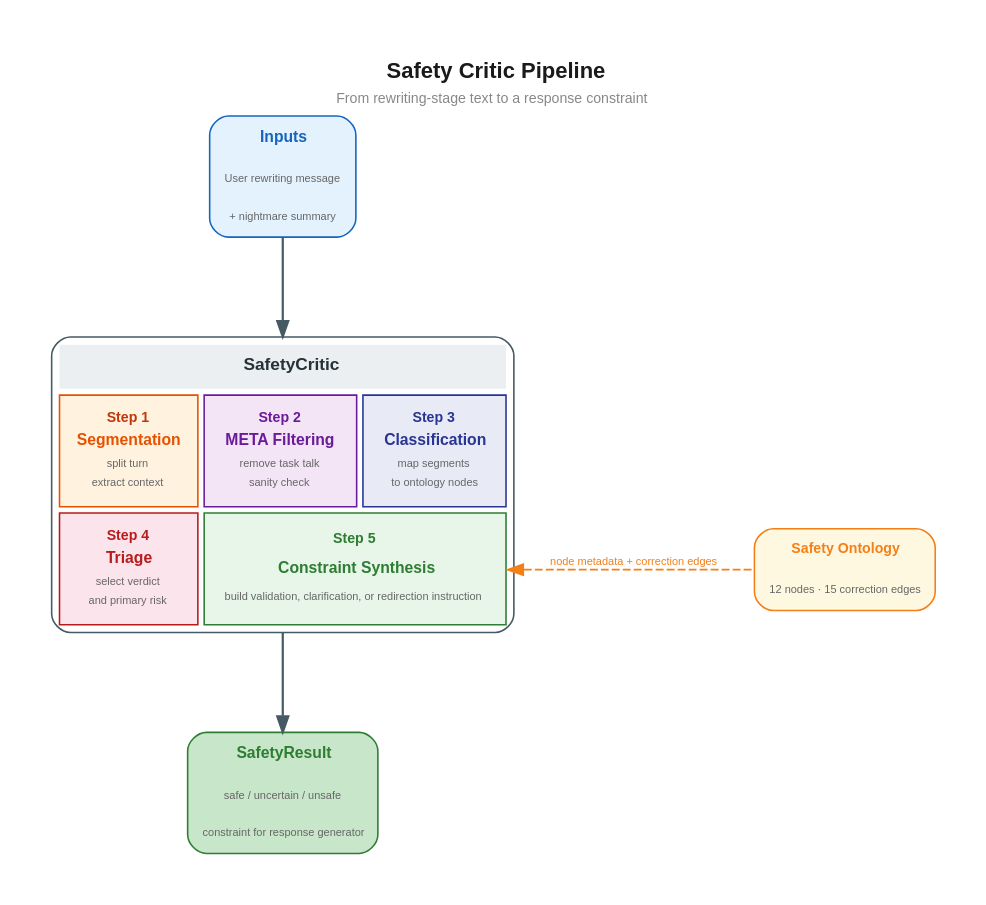
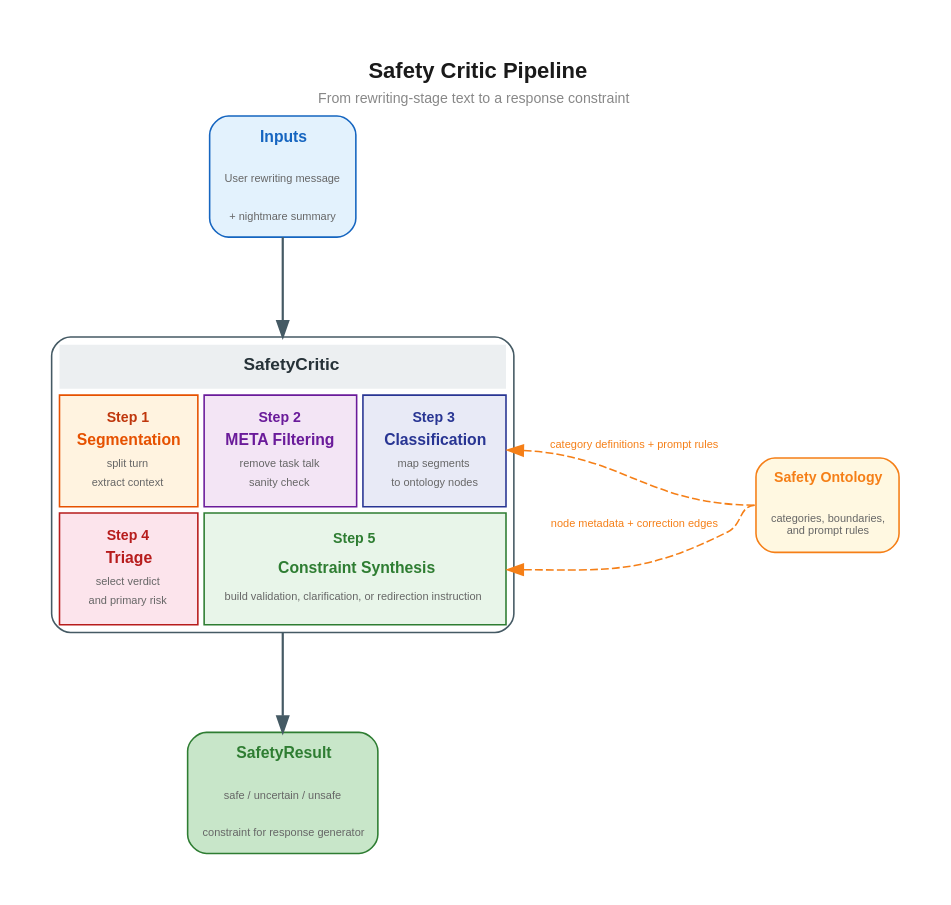
Before and after one commit to reDreamApp/safety_layer: the diagram in figures/safety_pipeline_abstract.dot, drawn with Graphviz. The commit also changed 11 other files, not shown here.

```diff
--- a/figures/safety_pipeline_abstract.dot
+++ b/figures/safety_pipeline_abstract.dot
@@ -1,126 +1,131 @@
 
 digraph safety_pipeline_abstract {
     graph [
         rankdir=LR
         fontname="Helvetica,sans-Serif"
         fontsize=12
         bgcolor="white"
         pad=0.35
         nodesep=0.45
         ranksep=0.5
         label=<<TABLE BORDER="0" CELLBORDER="0" CELLSPACING="0">
             <TR><TD><B><FONT POINT-SIZE="14" COLOR="#1a1a1a">Safety Critic Pipeline</FONT></B></TD></TR>
             <TR><TD><FONT POINT-SIZE="9.5" COLOR="#888888">From rewriting-stage text to a response constraint</FONT></TD></TR>
         </TABLE>>
         labelloc=t
         labeljust=c
     ]
     node [fontname="Helvetica,sans-Serif" fontsize=10]
     edge [fontname="Helvetica,sans-Serif" fontsize=8.5]
 
     // ── Input ──
     input [
         shape=none margin=0
         label=<
         <TABLE BORDER="1" CELLBORDER="0" CELLSPACING="0" CELLPADDING="8"
                BGCOLOR="#E3F2FD" COLOR="#1565C0" STYLE="ROUNDED">
             <TR><TD ALIGN="CENTER"><B><FONT COLOR="#1565C0" POINT-SIZE="10">Inputs</FONT></B></TD></TR>
             <TR><TD ALIGN="CENTER"><FONT POINT-SIZE="7.5" COLOR="#666666">User rewriting message</FONT></TD></TR>
             <TR><TD ALIGN="CENTER"><FONT POINT-SIZE="7.5" COLOR="#666666">+ nightmare summary</FONT></TD></TR>
         </TABLE>>
     ]
 
     // ── Critic module ──
     critic [
         shape=none margin=0
         label=<
         <TABLE BORDER="1" CELLBORDER="1" CELLSPACING="4" CELLPADDING="8"
                BGCOLOR="#FFFFFF" COLOR="#455A64" STYLE="ROUNDED">
             <TR>
                 <TD COLSPAN="3" BORDER="0" BGCOLOR="#ECEFF1" ALIGN="CENTER">
                     <B><FONT COLOR="#263238" POINT-SIZE="11">SafetyCritic</FONT></B>
                 </TD>
             </TR>
             <TR>
                 <TD BGCOLOR="#FFF3E0" COLOR="#E65100" ALIGN="CENTER">
                     <TABLE BORDER="0" CELLBORDER="0" CELLSPACING="0" CELLPADDING="2">
                         <TR><TD ALIGN="CENTER"><B><FONT COLOR="#BF360C" POINT-SIZE="9">Step 1</FONT></B></TD></TR>
                         <TR><TD ALIGN="CENTER"><B><FONT COLOR="#E65100" POINT-SIZE="10">Segmentation</FONT></B></TD></TR>
                         <TR><TD ALIGN="CENTER"><FONT POINT-SIZE="7" COLOR="#666666">split turn</FONT></TD></TR>
                         <TR><TD ALIGN="CENTER"><FONT POINT-SIZE="7" COLOR="#666666">extract context</FONT></TD></TR>
                     </TABLE>
                 </TD>
                 <TD BGCOLOR="#F3E5F5" COLOR="#6A1B9A" ALIGN="CENTER">
                     <TABLE BORDER="0" CELLBORDER="0" CELLSPACING="0" CELLPADDING="2">
                         <TR><TD ALIGN="CENTER"><B><FONT COLOR="#6A1B9A" POINT-SIZE="9">Step 2</FONT></B></TD></TR>
                         <TR><TD ALIGN="CENTER"><B><FONT COLOR="#6A1B9A" POINT-SIZE="10">META Filtering</FONT></B></TD></TR>
                         <TR><TD ALIGN="CENTER"><FONT POINT-SIZE="7" COLOR="#666666">remove task talk</FONT></TD></TR>
                         <TR><TD ALIGN="CENTER"><FONT POINT-SIZE="7" COLOR="#666666">sanity check</FONT></TD></TR>
                     </TABLE>
                 </TD>
-                <TD BGCOLOR="#E8EAF6" COLOR="#283593" ALIGN="CENTER">
+                <TD PORT="classification" BGCOLOR="#E8EAF6" COLOR="#283593" ALIGN="CENTER">
                     <TABLE BORDER="0" CELLBORDER="0" CELLSPACING="0" CELLPADDING="2">
                         <TR><TD ALIGN="CENTER"><B><FONT COLOR="#283593" POINT-SIZE="9">Step 3</FONT></B></TD></TR>
                         <TR><TD ALIGN="CENTER"><B><FONT COLOR="#283593" POINT-SIZE="10">Classification</FONT></B></TD></TR>
                         <TR><TD ALIGN="CENTER"><FONT POINT-SIZE="7" COLOR="#666666">map segments</FONT></TD></TR>
                         <TR><TD ALIGN="CENTER"><FONT POINT-SIZE="7" COLOR="#666666">to ontology nodes</FONT></TD></TR>
                     </TABLE>
                 </TD>
             </TR>
             <TR>
                 <TD BGCOLOR="#FCE4EC" COLOR="#B71C1C" ALIGN="CENTER">
                     <TABLE BORDER="0" CELLBORDER="0" CELLSPACING="0" CELLPADDING="2">
                         <TR><TD ALIGN="CENTER"><B><FONT COLOR="#B71C1C" POINT-SIZE="9">Step 4</FONT></B></TD></TR>
                         <TR><TD ALIGN="CENTER"><B><FONT COLOR="#B71C1C" POINT-SIZE="10">Triage</FONT></B></TD></TR>
                         <TR><TD ALIGN="CENTER"><FONT POINT-SIZE="7" COLOR="#666666">select verdict</FONT></TD></TR>
                         <TR><TD ALIGN="CENTER"><FONT POINT-SIZE="7" COLOR="#666666">and primary risk</FONT></TD></TR>
                     </TABLE>
                 </TD>
                 <TD PORT="constraint" COLSPAN="2" BGCOLOR="#E8F5E9" COLOR="#2E7D32" ALIGN="CENTER">
                     <TABLE BORDER="0" CELLBORDER="0" CELLSPACING="0" CELLPADDING="2">
                         <TR><TD ALIGN="CENTER"><B><FONT COLOR="#2E7D32" POINT-SIZE="9">Step 5</FONT></B></TD></TR>
                         <TR><TD ALIGN="CENTER"><B><FONT COLOR="#2E7D32" POINT-SIZE="10">Constraint Synthesis</FONT></B></TD></TR>
                         <TR><TD ALIGN="CENTER"><FONT POINT-SIZE="7" COLOR="#666666">build validation, clarification, or redirection instruction</FONT></TD></TR>
                     </TABLE>
                 </TD>
             </TR>
         </TABLE>>
     ]
 
     // ── Output ──
     result [
         shape=none margin=0
         label=<
         <TABLE BORDER="1" CELLBORDER="0" CELLSPACING="0" CELLPADDING="8"
                BGCOLOR="#C8E6C9" COLOR="#2E7D32" STYLE="ROUNDED">
             <TR><TD ALIGN="CENTER"><B><FONT COLOR="#2E7D32" POINT-SIZE="10">SafetyResult</FONT></B></TD></TR>
             <TR><TD ALIGN="CENTER"><FONT POINT-SIZE="7.5" COLOR="#666666">safe / uncertain / unsafe</FONT></TD></TR>
             <TR><TD ALIGN="CENTER"><FONT POINT-SIZE="7.5" COLOR="#666666">constraint for response generator</FONT></TD></TR>
         </TABLE>>
     ]
 
     // ── Knowledge Graph side annotation ──
     kg [
         shape=none margin=0
         label=<
         <TABLE BORDER="1" CELLBORDER="0" CELLSPACING="0" CELLPADDING="8"
                BGCOLOR="#FFF8E1" COLOR="#F57F17" STYLE="ROUNDED">
             <TR><TD ALIGN="CENTER"><B><FONT COLOR="#F57F17" POINT-SIZE="9">Safety Ontology</FONT></B></TD></TR>
-            <TR><TD ALIGN="CENTER"><FONT POINT-SIZE="7" COLOR="#666666">12 nodes · 15 correction edges</FONT></TD></TR>
+            <TR><TD ALIGN="CENTER"><FONT POINT-SIZE="7" COLOR="#666666">categories, boundaries,<BR/>and prompt rules</FONT></TD></TR>
         </TABLE>>
     ]
 
     // ── Main flow ──
     input -> critic [color="#455A64" penwidth=1.4]
     critic -> result [color="#455A64" penwidth=1.4]
 
-    // ── Ontology supports the critic ──
+    // ── Ontology grounds classification prompts and correction synthesis ──
+    critic:classification:e -> kg:w [
+        style=dashed color="#F57F17" penwidth=1.0
+        dir=back
+        label=<  <FONT COLOR="#F57F17" POINT-SIZE="7.5">category definitions + prompt rules</FONT>  >
+    ]
     critic:constraint:e -> kg:w [
         style=dashed color="#F57F17" penwidth=1.0
         dir=back
         label=<  <FONT COLOR="#F57F17" POINT-SIZE="7.5">node metadata + correction edges</FONT>  >
     ]
 
     // ── Layout hint ──
     {rank=same; input; critic; result}
 }
```
